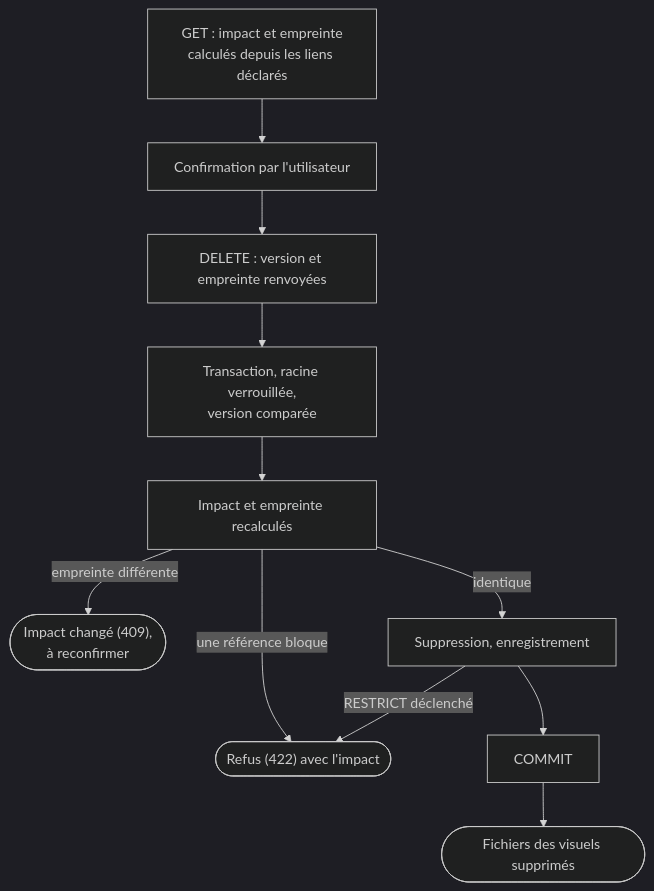
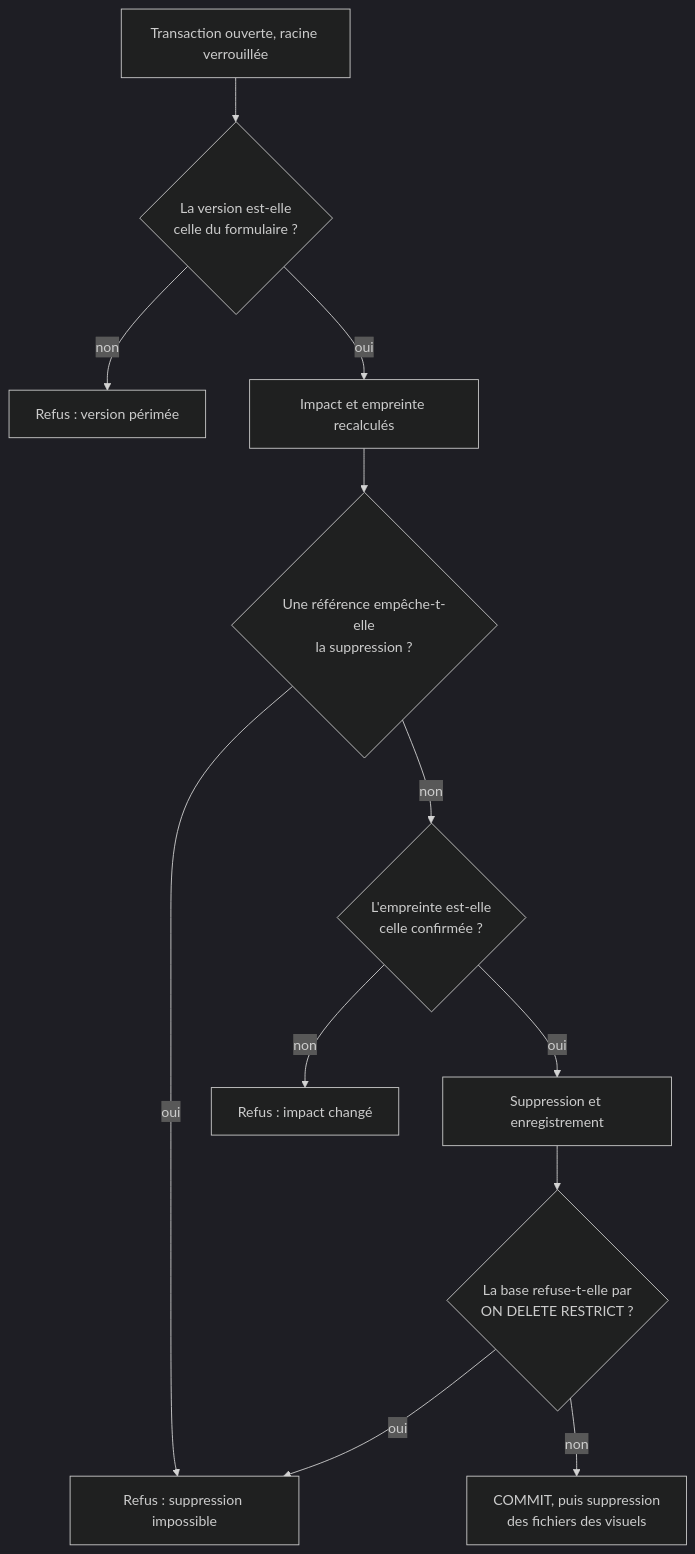
One commit to Tetram76/bdtheque-claude changed the fourth of 4 diagrams in docs/tech/mecanismes/persistance-ecriture-d-un-agregat.md. Above: the diagram before and after it, drawn with Mermaid (dark theme). The commit also changed other lines of this file and 41 other files, not shown here.

````diff
--- a/docs/tech/mecanismes/persistance-ecriture-d-un-agregat.md
+++ b/docs/tech/mecanismes/persistance-ecriture-d-un-agregat.md
@@ -89,13 +122,14 @@
 ```mermaid
 flowchart TD
-    impact["GET : impact et empreinte<br/>calculés depuis les liens déclarés"] --> confirm["Confirmation par l'utilisateur"]
-    confirm --> delete["DELETE : version et empreinte renvoyées"]
-    delete --> lock["Transaction, racine verrouillée,<br/>version comparée"]
-    lock --> recompute["Impact et empreinte recalculés"]
-    recompute -- "une référence bloque" --> refused(["Refus (422) avec l'impact"])
-    recompute -- "empreinte différente" --> changed(["Impact changé (409),<br/>à reconfirmer"])
-    recompute -- "identique" --> remove["Suppression, enregistrement"]
-    remove -- "RESTRICT déclenché" --> refused
-    remove --> commit["COMMIT"]
-    commit --> files(["Fichiers des visuels supprimés"])
+    debut["Transaction ouverte, racine verrouillée"] --> version{"La version est-elle<br/>celle du formulaire ?"}
+    version -- "non" --> refus_version["Refus : version périmée"]
+    version -- "oui" --> recalcul["Impact et empreinte recalculés"]
+    recalcul --> bloque{"Une référence empêche-t-elle<br/>la suppression ?"}
+    bloque -- "oui" --> refus_reference["Refus : suppression impossible"]
+    bloque -- "non" --> empreinte{"L'empreinte est-elle<br/>celle confirmée ?"}
+    empreinte -- "non" --> refus_impact["Refus : impact changé"]
+    empreinte -- "oui" --> suppression["Suppression et enregistrement"]
+    suppression --> restrict{"La base refuse-t-elle par<br/>ON DELETE RESTRICT ?"}
+    restrict -- "oui" --> refus_reference
+    restrict -- "non" --> commit["COMMIT, puis suppression<br/>des fichiers des visuels"]
 ```
````
